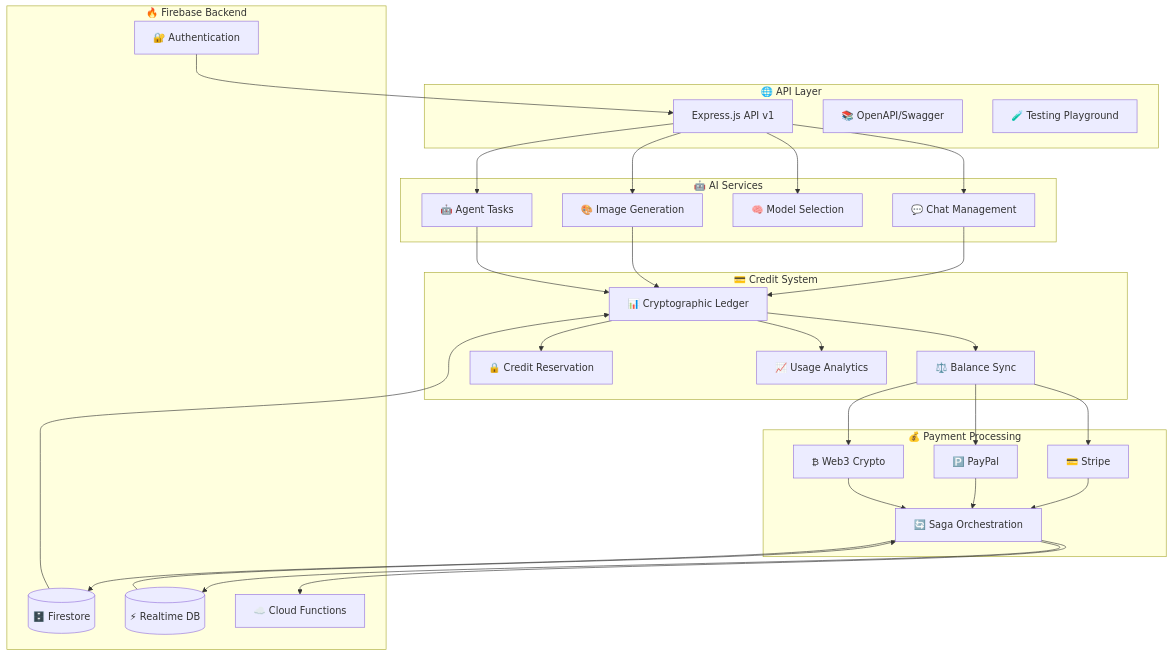
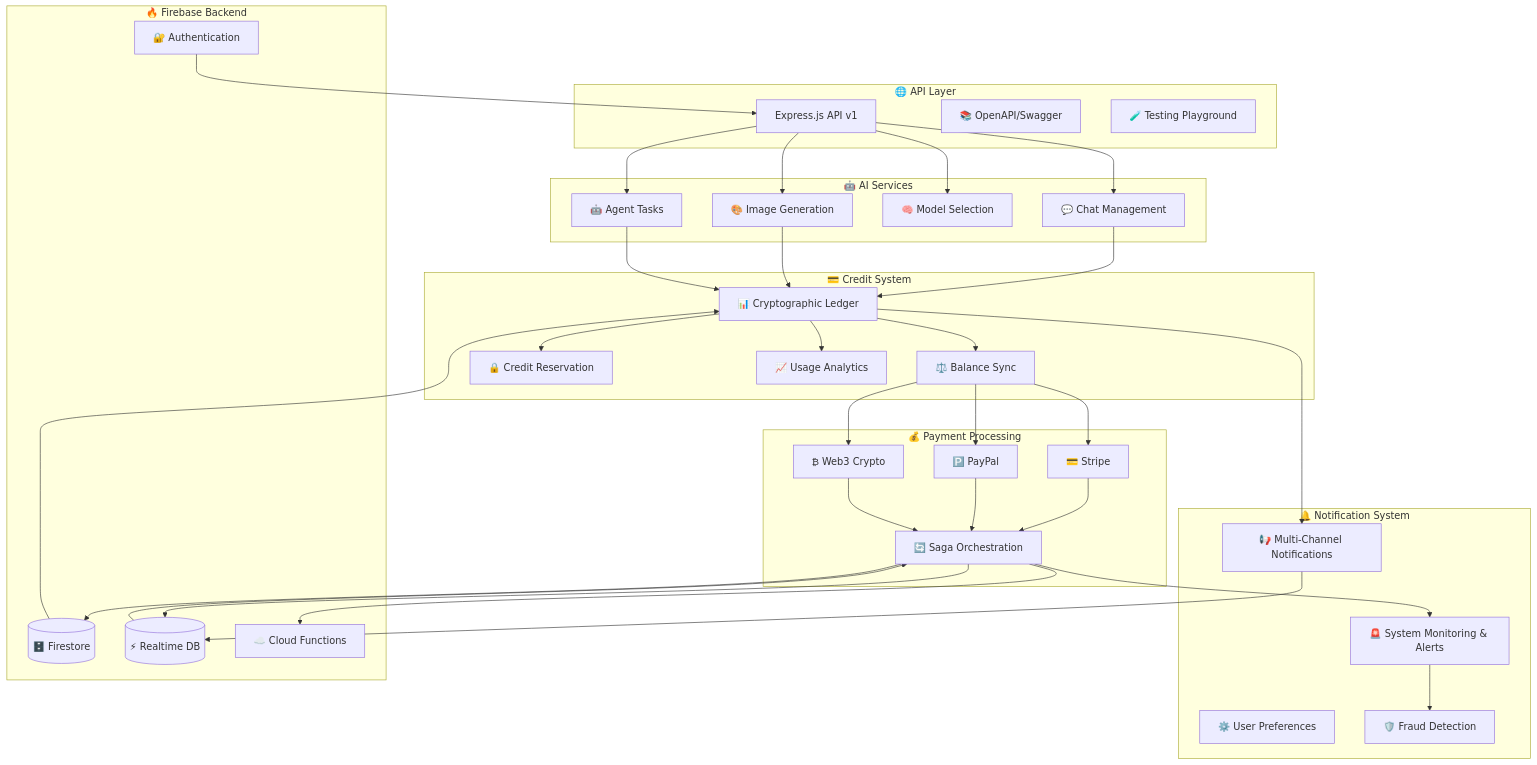
The first of 5 diagrams in README.md (mhassan72/event-driven-assistant), drawn with Mermaid before and after one commit. The commit also changed other lines of this file and 27 other files, not shown here.

First line of the commit message:
feat: implement comprehensive notification and alerting system

````diff
--- a/README.md
+++ b/README.md
@@ -21,65 +22,77 @@
 ```mermaid
 graph TB
     subgraph "🌐 API Layer"
         API[Express.js API v1]
         DOC[📚 OpenAPI/Swagger]
         TEST[🧪 Testing Playground]
     end
     
     subgraph "🤖 AI Services"
         CHAT[💬 Chat Management]
         IMG[🎨 Image Generation]
         MODEL[🧠 Model Selection]
         AGENT[🤖 Agent Tasks]
     end
     
     subgraph "💳 Credit System"
         LEDGER[📊 Cryptographic Ledger]
         BALANCE[⚖️ Balance Sync]
         RESERVE[🔒 Credit Reservation]
         ANALYTICS[📈 Usage Analytics]
     end
     
     subgraph "💰 Payment Processing"
         STRIPE[💳 Stripe]
         PAYPAL[🅿️ PayPal]
         WEB3[₿ Web3 Crypto]
         SAGA[🔄 Saga Orchestration]
+    end
+    
+    subgraph "🔔 Notification System"
+        NOTIFY[📢 Multi-Channel Notifications]
+        ALERTS[🚨 System Monitoring & Alerts]
+        PREFS[⚙️ User Preferences]
+        FRAUD[🛡️ Fraud Detection]
     end
     
     subgraph "🔥 Firebase Backend"
         AUTH[🔐 Authentication]
         FIRESTORE[(🗄️ Firestore)]
         RTDB[(⚡ Realtime DB)]
         FUNCTIONS[☁️ Cloud Functions]
     end
     
     API --> CHAT
     API --> IMG
     API --> MODEL
     API --> AGENT
     
     CHAT --> LEDGER
     IMG --> LEDGER
     AGENT --> LEDGER
     
     LEDGER --> BALANCE
     LEDGER --> RESERVE
     LEDGER --> ANALYTICS
     
     BALANCE --> STRIPE
     BALANCE --> PAYPAL
     BALANCE --> WEB3
     
     STRIPE --> SAGA
     PAYPAL --> SAGA
     WEB3 --> SAGA
     
     SAGA --> FIRESTORE
     SAGA --> RTDB
     SAGA --> FUNCTIONS
     
+    LEDGER --> NOTIFY
+    SAGA --> ALERTS
+    ALERTS --> FRAUD
+    
     AUTH --> API
     FIRESTORE --> LEDGER
     RTDB --> SAGA
+    NOTIFY --> RTDB
 ```
````
